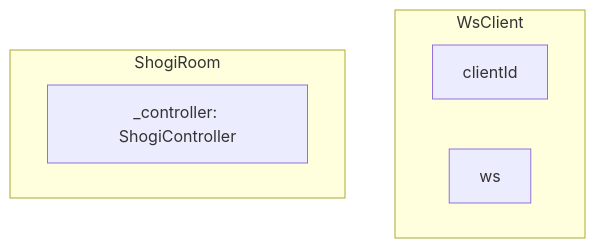
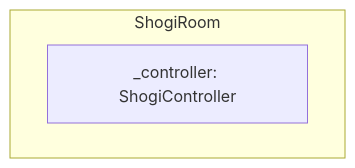
The third of 3 diagrams in apps/backend/ws/WebScketRegistry.md (fujitashuichi/undo-shogi), drawn with Mermaid before and after one commit. The commit also changed other lines of this file and 6 other files, not shown here.

````diff
--- a/apps/backend/ws/WebScketRegistry.md
+++ b/apps/backend/ws/WebScketRegistry.md
@@ -18,12 +43,7 @@
 ```mermaid
 flowchart TD
 
-subgraph WsClient
-  clientId
-  ws
-end
-
 subgraph ShogiRoom
-  controller[_controller: ShogiController]
+  controller["_controller: ShogiController"]
 end
 ```
````
